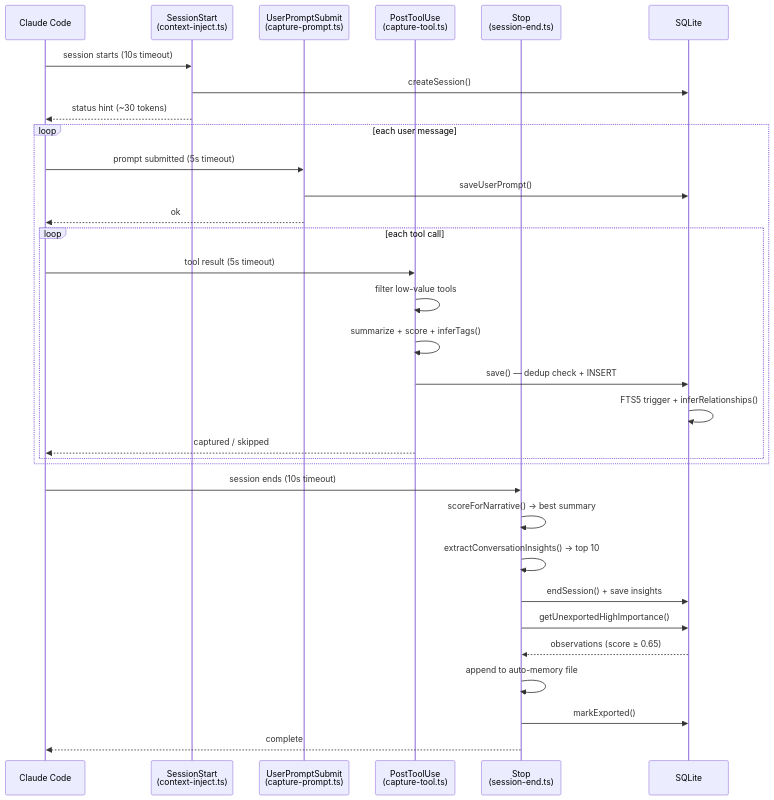
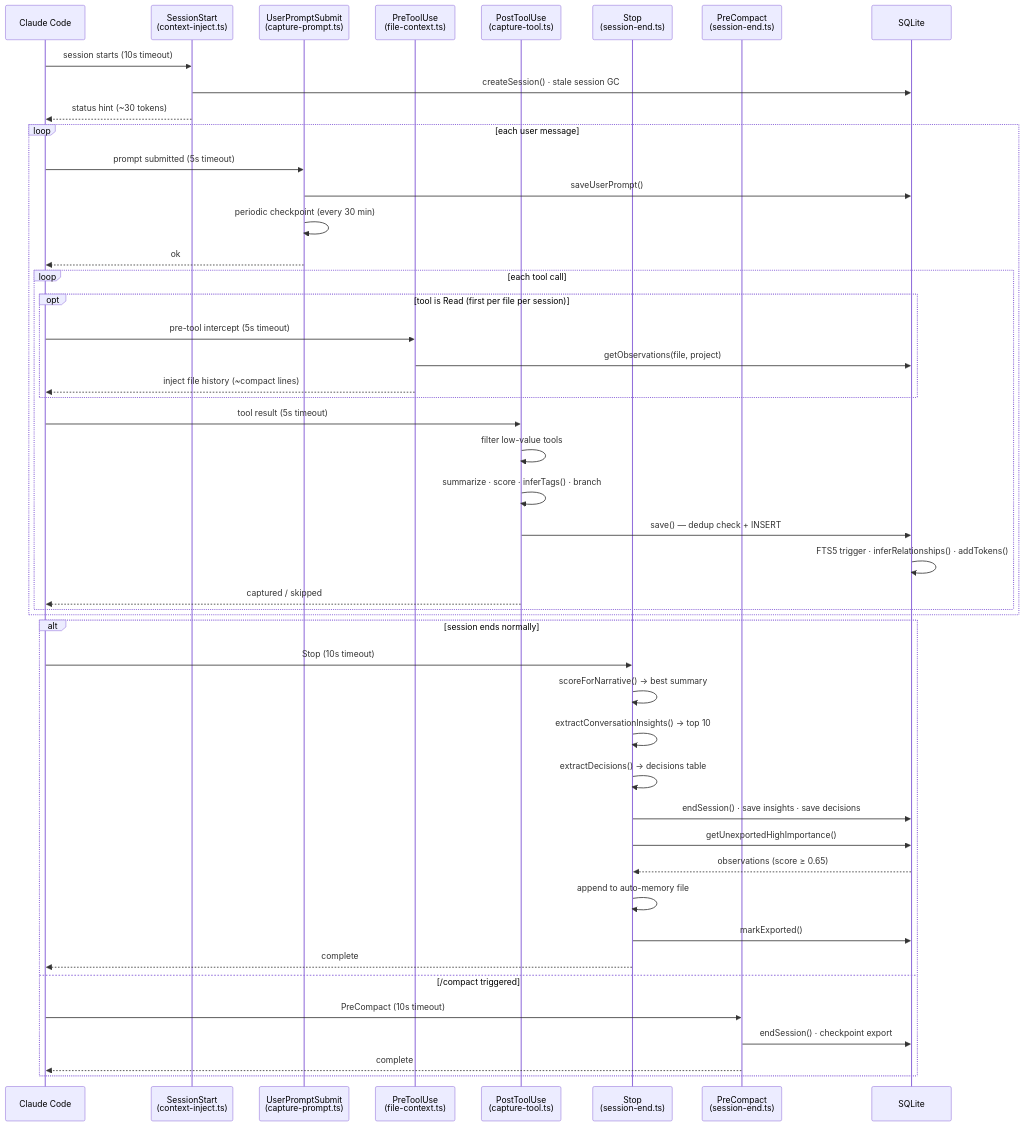
Before and after one commit to mrlesmithjr/claude-context-manager: the first of 7 diagrams in docs/ARCHITECTURE.md, drawn with Mermaid. The commit also changed other lines of this file and 3 other files, not shown here.

````diff
--- a/docs/ARCHITECTURE.md
+++ b/docs/ARCHITECTURE.md
@@ -101,38 +125,54 @@
 ```mermaid
 sequenceDiagram
     participant CC as Claude Code
     participant SI as SessionStart<br/>(context-inject.ts)
     participant UP as UserPromptSubmit<br/>(capture-prompt.ts)
+    participant FC as PreToolUse<br/>(file-context.ts)
     participant PT as PostToolUse<br/>(capture-tool.ts)
     participant SE as Stop<br/>(session-end.ts)
+    participant PC as PreCompact<br/>(session-end.ts)
     participant DB as SQLite
 
     CC->>SI: session starts (10s timeout)
-    SI->>DB: createSession()
+    SI->>DB: createSession() · stale session GC
     SI-->>CC: status hint (~30 tokens)
 
     loop each user message
         CC->>UP: prompt submitted (5s timeout)
         UP->>DB: saveUserPrompt()
+        UP->>UP: periodic checkpoint (every 30 min)
         UP-->>CC: ok
 
         loop each tool call
+            opt tool is Read (first per file per session)
+                CC->>FC: pre-tool intercept (5s timeout)
+                FC->>DB: getObservations(file, project)
+                FC-->>CC: inject file history (~compact lines)
+            end
+
             CC->>PT: tool result (5s timeout)
             PT->>PT: filter low-value tools
-            PT->>PT: summarize + score + inferTags()
+            PT->>PT: summarize · score · inferTags() · branch
             PT->>DB: save() — dedup check + INSERT
-            DB->>DB: FTS5 trigger + inferRelationships()
+            DB->>DB: FTS5 trigger · inferRelationships() · addTokens()
             PT-->>CC: captured / skipped
         end
     end
 
-    CC->>SE: session ends (10s timeout)
-    SE->>SE: scoreForNarrative() → best summary
-    SE->>SE: extractConversationInsights() → top 10
-    SE->>DB: endSession() + save insights
-    SE->>DB: getUnexportedHighImportance()
-    DB-->>SE: observations (score ≥ 0.65)
-    SE->>SE: append to auto-memory file
-    SE->>DB: markExported()
-    SE-->>CC: complete
+    alt session ends normally
+        CC->>SE: Stop (10s timeout)
+        SE->>SE: scoreForNarrative() → best summary
+        SE->>SE: extractConversationInsights() → top 10
+        SE->>SE: extractDecisions() → decisions table
+        SE->>DB: endSession() · save insights · save decisions
+        SE->>DB: getUnexportedHighImportance()
+        DB-->>SE: observations (score ≥ 0.65)
+        SE->>SE: append to auto-memory file
+        SE->>DB: markExported()
+        SE-->>CC: complete
+    else /compact triggered
+        CC->>PC: PreCompact (10s timeout)
+        PC->>DB: endSession() · checkpoint export
+        PC-->>CC: complete
+    end
 ```
````
